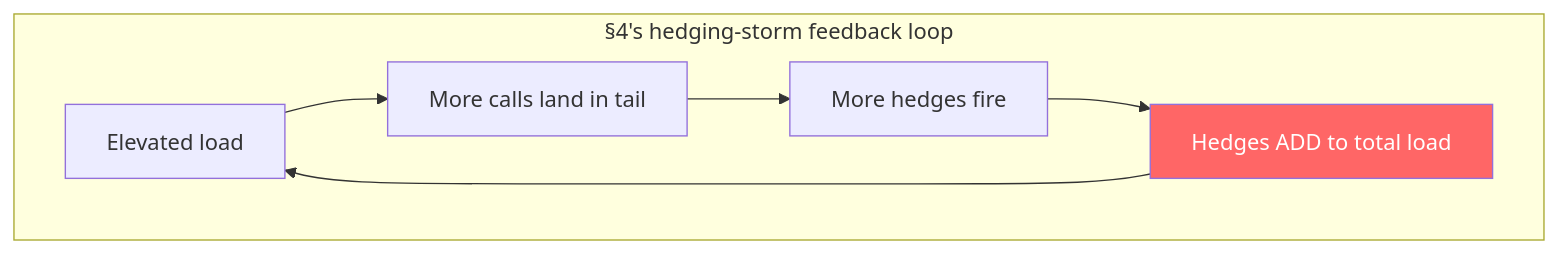
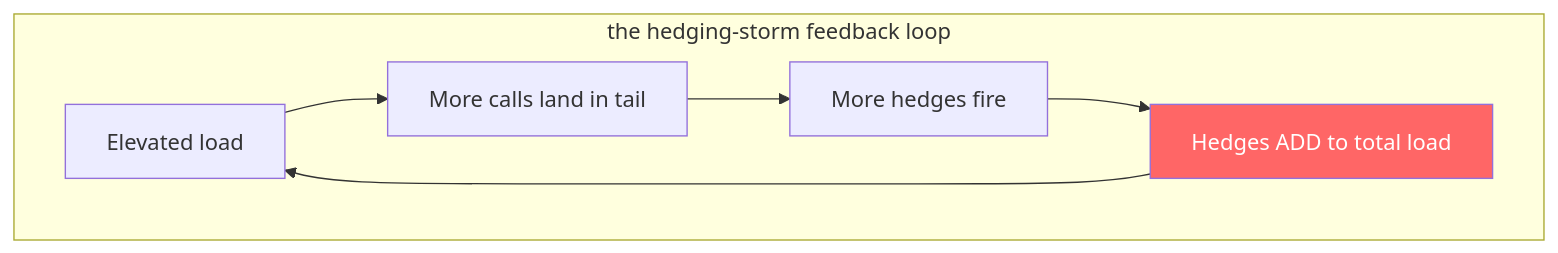
Before and after one commit to umashankarp/InterviewQuestions: the third of 4 diagrams in 16-Distributed-Systems/06-TailLatency-HedgedRequests-TailAtScale.md, drawn with Mermaid. The commit also changed other lines of this file and 173 other files, not shown here.

````diff
--- a/16-Distributed-Systems/06-TailLatency-HedgedRequests-TailAtScale.md
+++ b/16-Distributed-Systems/06-TailLatency-HedgedRequests-TailAtScale.md
@@ -85,10 +85,10 @@
 ```mermaid
 graph TB
-    subgraph "§4's hedging-storm feedback loop"
-        Load[Elevated load] --> Tail[More calls land in tail]
-        Tail --> Hedge[More hedges fire]
-        Hedge --> MoreLoad[Hedges ADD to total load]
-        MoreLoad --> Load
-    end
-    style MoreLoad fill:#f66,color:#fff
+ subgraph "the hedging-storm feedback loop"
+ Load[Elevated load] --> Tail[More calls land in tail]
+ Tail --> Hedge[More hedges fire]
+ Hedge --> MoreLoad[Hedges ADD to total load]
+ MoreLoad --> Load
+ end
+ style MoreLoad fill:#f66,color:#fff
 ```
````
